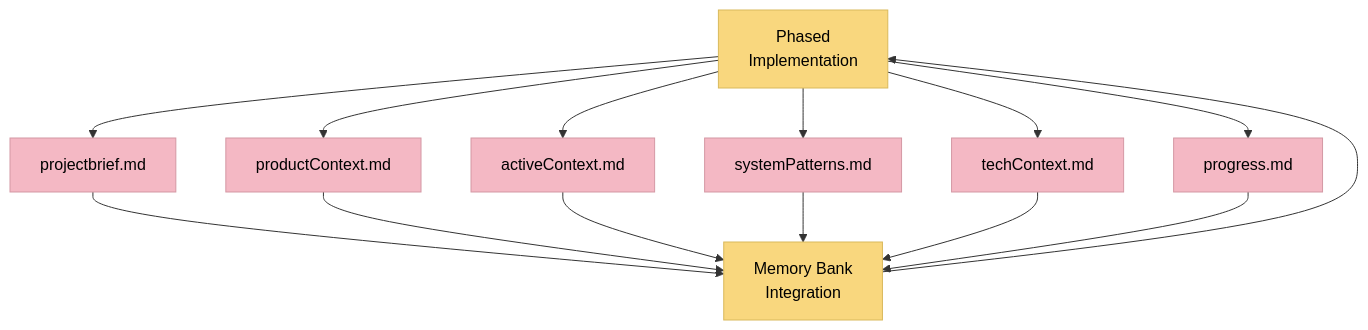
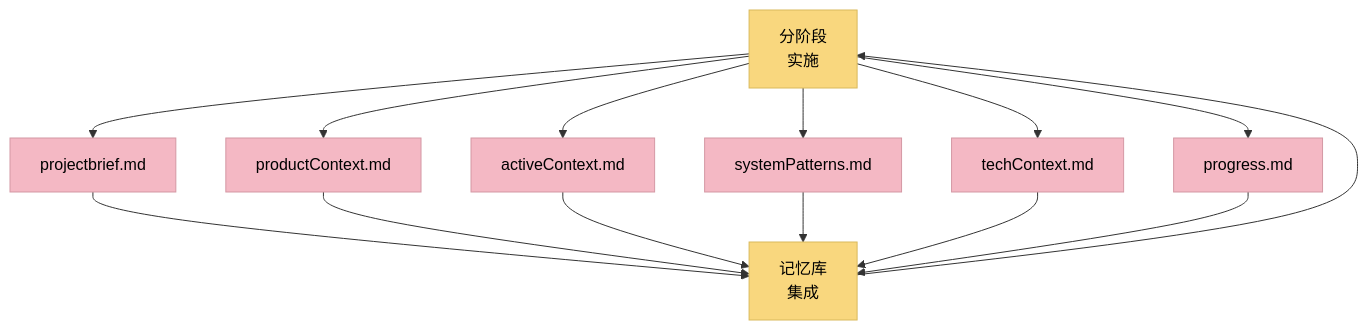
One commit to goodends/cursor-memory-bank-Chinese- changed the sixth of 6 diagrams in .cursor/rules/isolation_rules/Level4/phased-implementation.mdc. Above: the diagram before and after it, drawn with Mermaid. The commit also changed other lines of this file, not shown here.

````diff
--- a/.cursor/rules/isolation_rules/Level4/phased-implementation.mdc
+++ b/.cursor/rules/isolation_rules/Level4/phased-implementation.mdc
@@ -518,18 +518,18 @@
 ```mermaid
 flowchart TD
     classDef memfile fill:#f4b8c4,stroke:#d498a4,color:#000
     classDef process fill:#f9d77e,stroke:#d9b95c,color:#000
     
-    Implementation[Phased<br>Implementation] --> PB[projectbrief.md]
+    Implementation[分阶段<br>实施] --> PB[projectbrief.md]
     Implementation --> PC[productContext.md]
     Implementation --> AC[activeContext.md]
     Implementation --> SP[systemPatterns.md]
     Implementation --> TC[techContext.md]
     Implementation --> P[progress.md]
     
-    PB & PC & AC & SP & TC & P --> MBI[Memory Bank<br>Integration]
+    PB & PC & AC & SP & TC & P --> MBI[记忆库<br>集成]
     MBI --> Implementation
     
     class PB,PC,AC,SP,TC,P memfile
     class Implementation,MBI process
 ```
````
